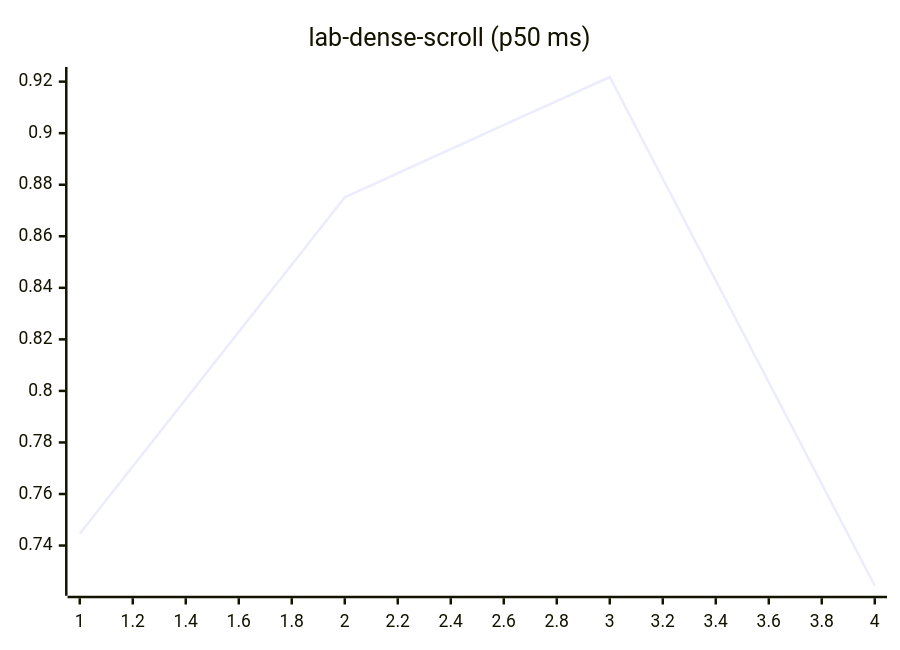
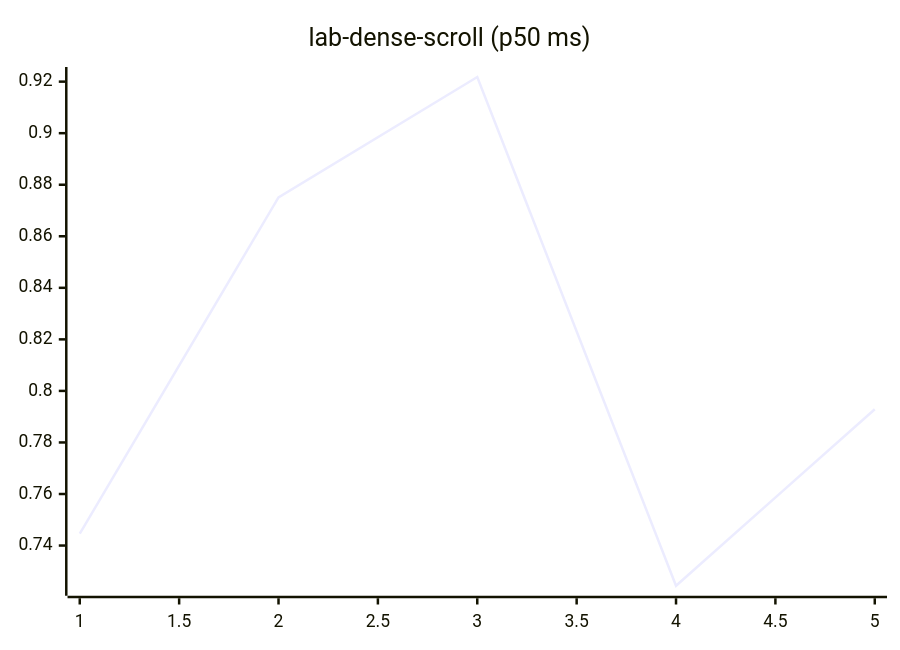
Diagram 12 of 27 in README.md (josha/Facet), drawn with Mermaid before and after one commit. The commit also changed other lines of this file and 2 other files, not shown here.

````diff
--- a/README.md
+++ b/README.md
@@ -140,6 +140,6 @@
 ```mermaid
 xychart-beta
     title "lab-dense-scroll (p50 ms)"
-    x-axis 1 --> 4
-    line [0.7446, 0.8751, 0.9218, 0.7244]
+    x-axis 1 --> 5
+    line [0.7446, 0.8751, 0.9218, 0.7244, 0.7929]
 ```
````
